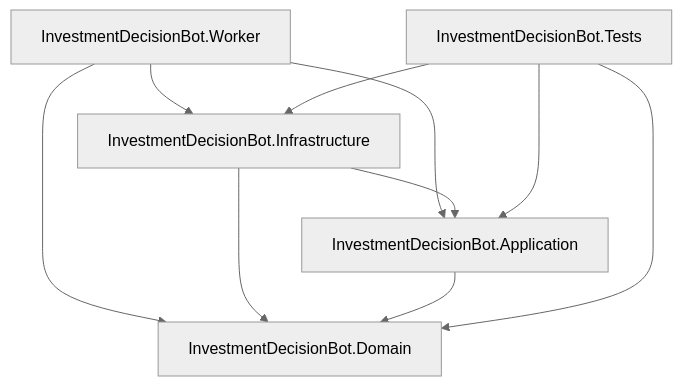
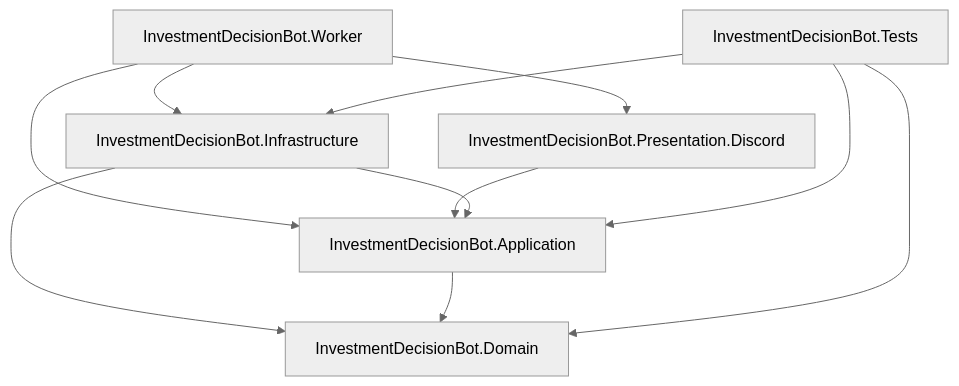
One commit to dugite-git/SbiStockDecisionBot changed the diagram in doc/project-dependencies.md. Above: the diagram before and after it, drawn with Mermaid (neutral theme). The commit also changed other lines of this file and 13 other files, not shown here.

Commit message:
Add Discord presentation layer

````diff
--- a/doc/project-dependencies.md
+++ b/doc/project-dependencies.md
@@ -7,18 +7,20 @@
 ```mermaid
 flowchart TD
     Worker[InvestmentDecisionBot.Worker]
+    PresentationDiscord[InvestmentDecisionBot.Presentation.Discord]
     Infrastructure[InvestmentDecisionBot.Infrastructure]
     Application[InvestmentDecisionBot.Application]
     Domain[InvestmentDecisionBot.Domain]
     Tests[InvestmentDecisionBot.Tests]
 
     Worker --> Application
     Worker --> Infrastructure
-    Worker --> Domain
+    Worker --> PresentationDiscord
+    PresentationDiscord --> Application
     Infrastructure --> Application
     Infrastructure --> Domain
     Application --> Domain
     Tests --> Application
     Tests --> Infrastructure
     Tests --> Domain
 ```
````
